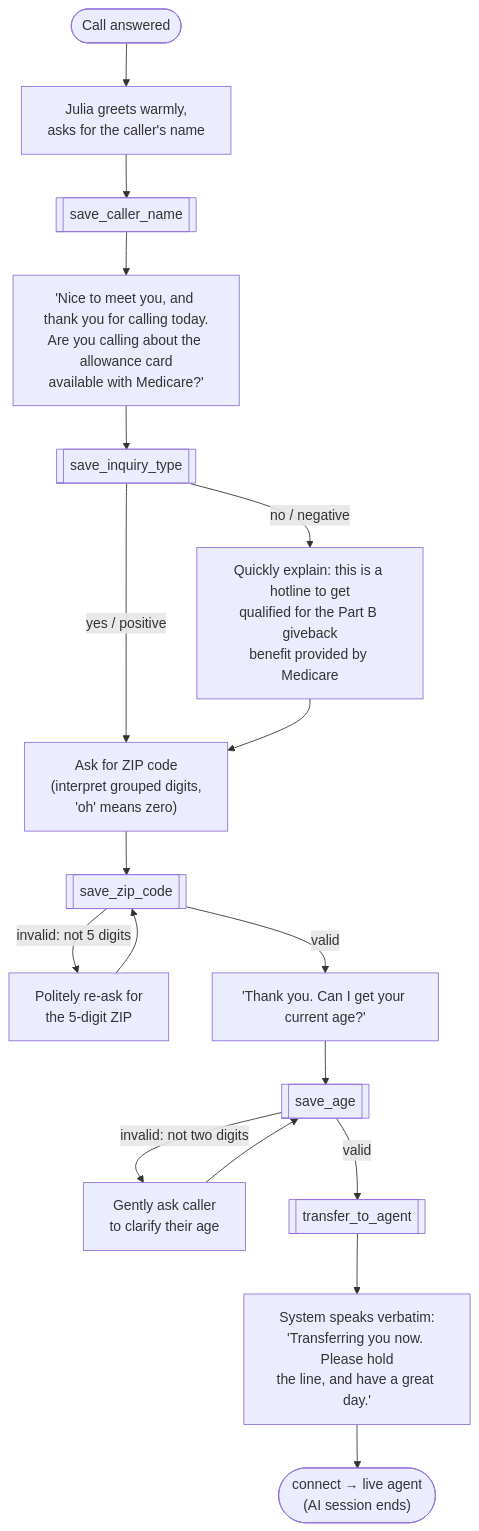
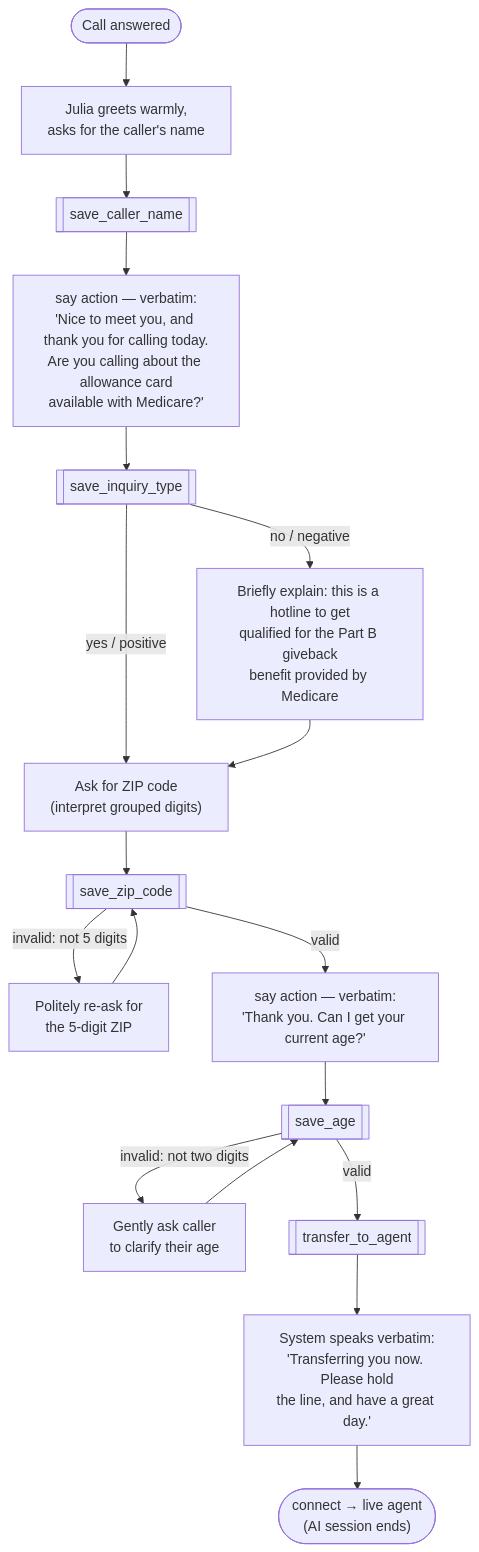
The second of 5 diagrams in README.md (briankwest/agent), drawn with Mermaid before and after one commit. The commit also changed other lines of this file and 1 other file, not shown here.

First line of the commit message:
Prompt hygiene, scripted say actions, and tool fillers

````diff
--- a/README.md
+++ b/README.md
@@ -49,20 +49,20 @@
 ```mermaid
 flowchart TD
     A(["Call answered"]) --> B["Julia greets warmly,<br/>asks for the caller's name"]
     B --> C[["save_caller_name"]]
-    C --> D["'Nice to meet you, and thank you for calling today.<br/>Are you calling about the allowance card<br/>available with Medicare?'"]
+    C --> D["say action — verbatim:<br/>'Nice to meet you, and thank you for calling today.<br/>Are you calling about the allowance card<br/>available with Medicare?'"]
     D --> E[["save_inquiry_type"]]
     E -->|"yes / positive"| G
-    E -->|"no / negative"| F["Quickly explain: this is a hotline to get<br/>qualified for the Part B giveback<br/>benefit provided by Medicare"]
-    F --> G["Ask for ZIP code<br/>(interpret grouped digits,<br/>'oh' means zero)"]
+    E -->|"no / negative"| F["Briefly explain: this is a hotline to get<br/>qualified for the Part B giveback<br/>benefit provided by Medicare"]
+    F --> G["Ask for ZIP code<br/>(interpret grouped digits)"]
     G --> H[["save_zip_code"]]
     H -->|"invalid: not 5 digits"| I["Politely re-ask for<br/>the 5-digit ZIP"]
     I --> H
-    H -->|"valid"| J["'Thank you. Can I get your current age?'"]
+    H -->|"valid"| J["say action — verbatim:<br/>'Thank you. Can I get your current age?'"]
     J --> K[["save_age"]]
     K -->|"invalid: not two digits"| L["Gently ask caller<br/>to clarify their age"]
     L --> K
     K -->|"valid"| M[["transfer_to_agent"]]
     M --> N["System speaks verbatim:<br/>'Transferring you now. Please hold<br/>the line, and have a great day.'"]
     N --> O(["connect → live agent<br/>(AI session ends)"])
 ```
````
